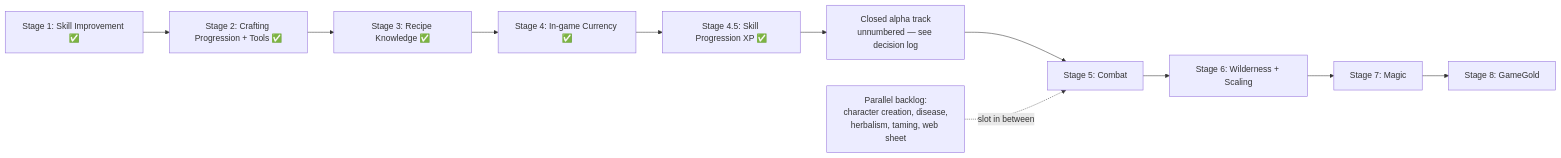
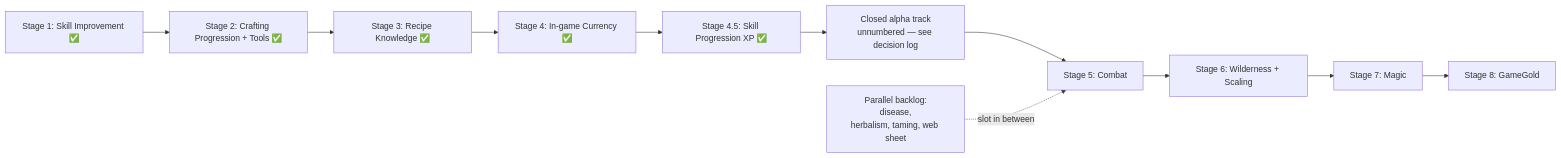
The diagram in docs/roadmap.md (G0dlet/PolishedWorld), drawn with Mermaid before and after one commit. The commit also changed other lines of this file and 5 other files, not shown here.

First line of the commit message:
docs: close out character creation (CC4)

````diff
--- a/docs/roadmap.md
+++ b/docs/roadmap.md
@@ -105,13 +106,13 @@
 ```mermaid
 graph LR
     S1[Stage 1: Skill Improvement ✅] --> S2[Stage 2: Crafting Progression + Tools ✅]
     S2 --> S3[Stage 3: Recipe Knowledge ✅]
     S3 --> S4[Stage 4: In-game Currency ✅]
     S4 --> S45[Stage 4.5: Skill Progression XP ✅]
     S45 --> ALPHA[Closed alpha track<br/>unnumbered — see decision log]
     ALPHA --> S5[Stage 5: Combat]
     S5 --> S6[Stage 6: Wilderness + Scaling]
     S6 --> S7[Stage 7: Magic]
     S7 --> S8[Stage 8: GameGold]
-    P[Parallel backlog:<br/>character creation, disease,<br/>herbalism, taming, web sheet] -.slot in between.-> S5
+    P[Parallel backlog:<br/>disease,<br/>herbalism, taming, web sheet] -.slot in between.-> S5
 ```
````
